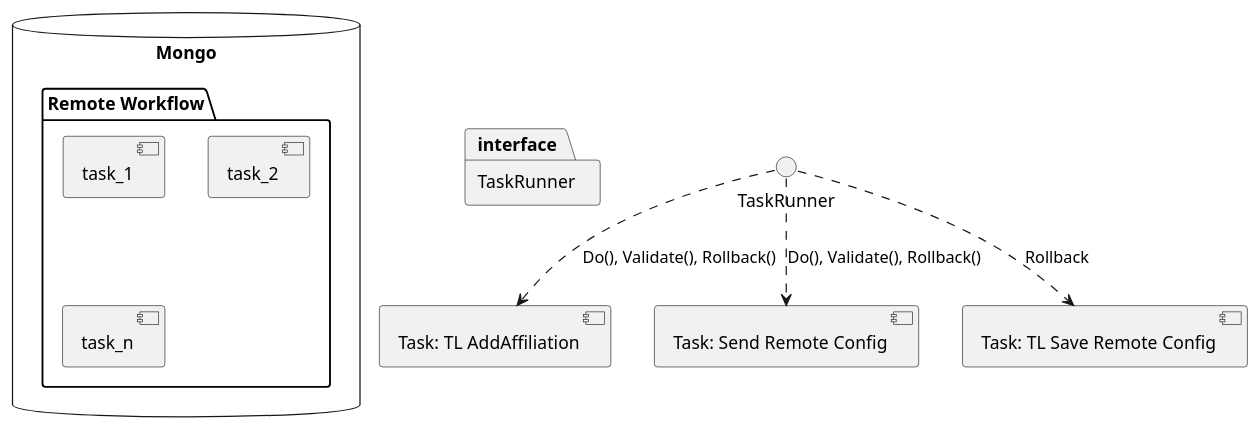
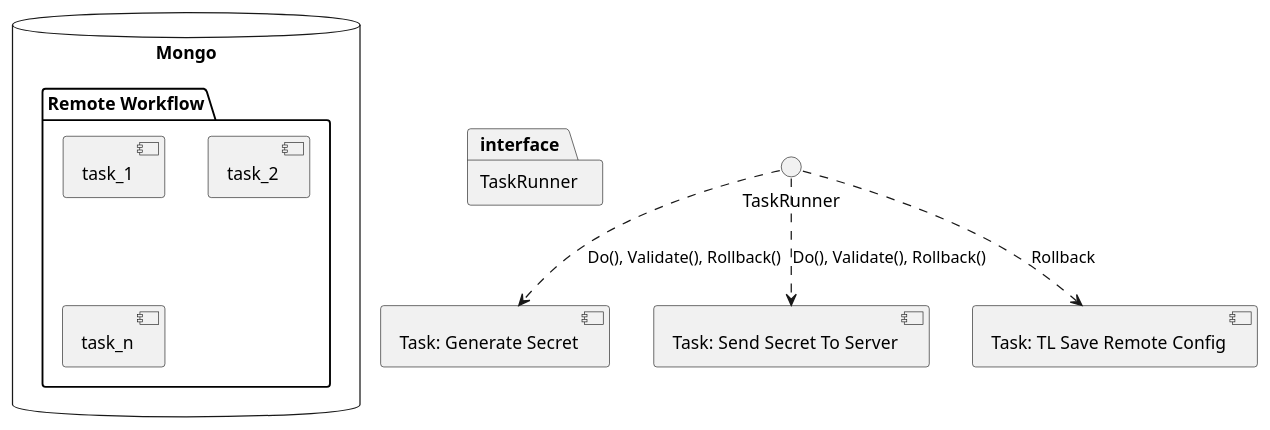
One commit to blewater/boxed changed the diagram in docs/model.puml. Above: the diagram before and after it, drawn with PlantUML. The commit also changed 1 other file, not shown here.

```diff
--- a/docs/model.puml
+++ b/docs/model.puml
@@ -1,20 +1,20 @@
 @startuml
 
 database "Mongo" {
 package "Remote Workflow" {
   component task_1
   component task_2
 
 
   component task_n
 }
 }
 package "TaskRunner" as interface {
     
 }
 
-TaskRunner ..> [Task: TL AddAffiliation] : Do(), Validate(), Rollback()
-TaskRunner ..> [Task: Send Remote Config] : Do(), Validate(), Rollback()
+TaskRunner ..> [Task: Generate Secret] : Do(), Validate(), Rollback()
+TaskRunner ..> [Task: Send Secret To Server] : Do(), Validate(), Rollback()
 TaskRunner ..> [Task: TL Save Remote Config] : Rollback
 
 @enduml
```
